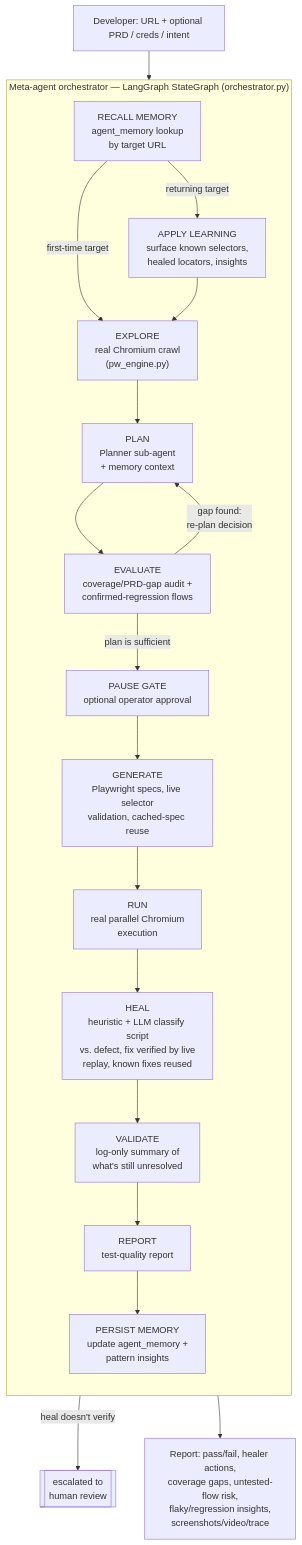
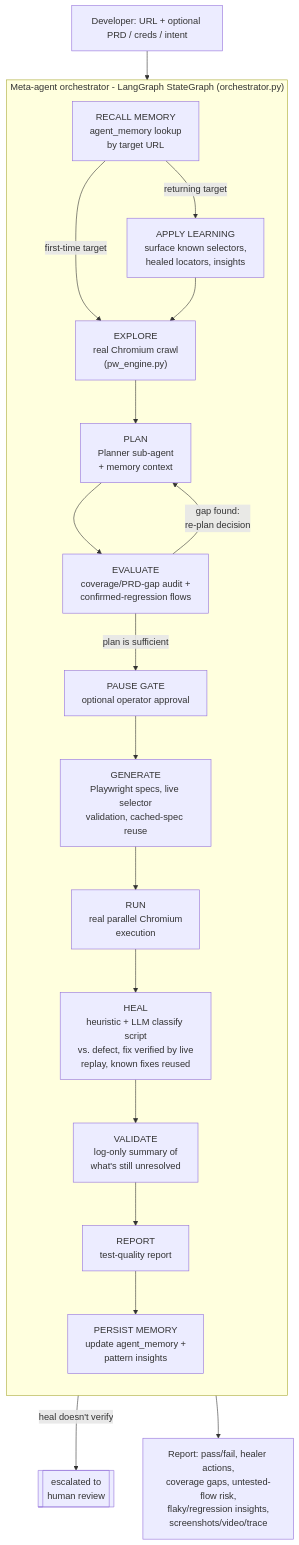
The diagram in README.md (rishikajassal98/qalchemist), drawn with Mermaid before and after one commit. The commit also changed other lines of this file, not shown here.

````diff
--- a/README.md
+++ b/README.md
@@ -45,25 +45,25 @@
 ```mermaid
 flowchart TD
     U[Developer: URL + optional PRD / creds / intent] --> META
 
-    subgraph META["Meta-agent orchestrator — LangGraph StateGraph (orchestrator.py)"]
+    subgraph META["Meta-agent orchestrator - LangGraph StateGraph (orchestrator.py)"]
         direction TB
         RECALL["RECALL MEMORY<br/>agent_memory lookup<br/>by target URL"] -->|"returning target"| LEARN
         RECALL -->|"first-time target"| EXPLORE
         LEARN["APPLY LEARNING<br/>surface known selectors,<br/>healed locators, insights"] --> EXPLORE
         EXPLORE["EXPLORE<br/>real Chromium crawl<br/>(pw_engine.py)"] --> PLAN
         PLAN["PLAN<br/>Planner sub-agent<br/>+ memory context"] --> EVAL
         EVAL["EVALUATE<br/>coverage/PRD-gap audit +<br/>confirmed-regression flows"] -->|"gap found:<br/>re-plan decision"| PLAN
         EVAL -->|"plan is sufficient"| GATE
         GATE["PAUSE GATE<br/>optional operator approval"] --> GEN
         GEN["GENERATE<br/>Playwright specs, live selector<br/>validation, cached-spec reuse"] --> RUN
         RUN["RUN<br/>real parallel Chromium<br/>execution"] --> HEAL
         HEAL["HEAL<br/>heuristic + LLM classify script<br/>vs. defect, fix verified by live<br/>replay, known fixes reused"] --> VALIDATE
         VALIDATE["VALIDATE<br/>log-only summary of<br/>what's still unresolved"] --> REPORT
         REPORT["REPORT<br/>test-quality report"] --> PERSIST
         PERSIST["PERSIST MEMORY<br/>update agent_memory +<br/>pattern insights"]
     end
 
     HEAL -->|"heal doesn't verify"| ESCALATE[["escalated to<br/>human review"]]
     PERSIST --> OUT[Report: pass/fail, healer actions,<br/>coverage gaps, untested-flow risk,<br/>flaky/regression insights,<br/>screenshots/video/trace]
 ```
````
